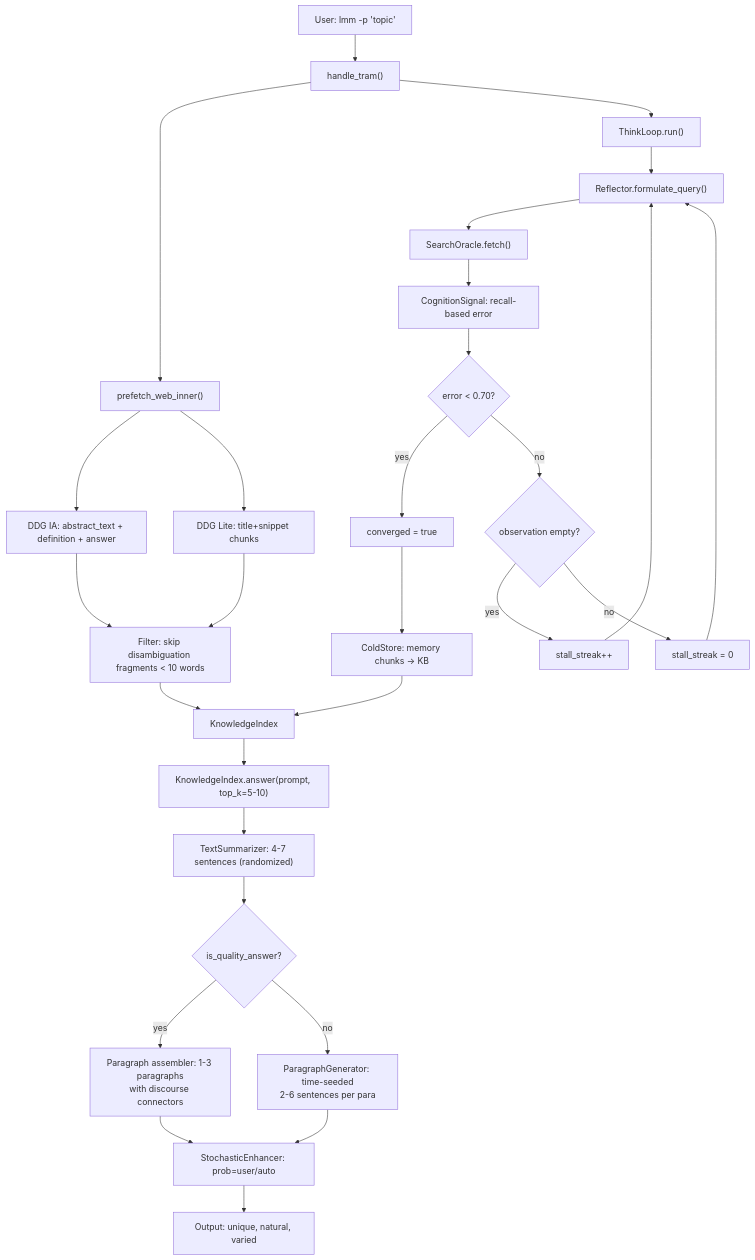
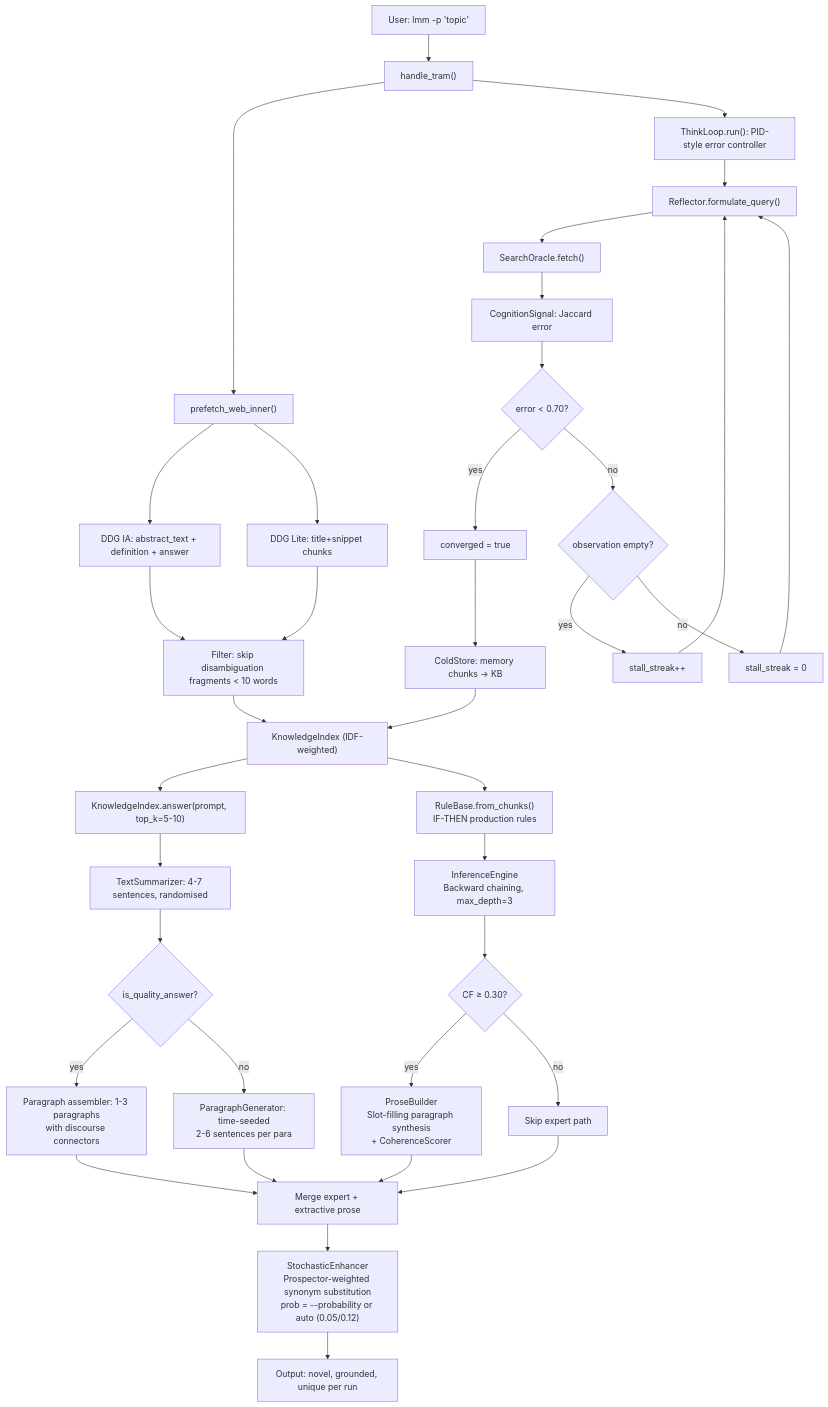
One commit to wiseaidotdev/lmm changed the diagram in README.md. Above: the diagram before and after it, drawn with Mermaid. The commit also changed other lines of this file and 30 other files, not shown here.

Commit message:
feat: impl inference expert system. (#50)

````diff
--- a/README.md
+++ b/README.md
@@ -74,33 +78,43 @@
 ```mermaid
 flowchart TD
     A["User: lmm -p 'topic'"] --> B["handle_tram()"]
     B --> B1["prefetch_web_inner()"]
     B1 --> B1a["DDG IA: abstract_text + definition + answer"]
     B1 --> B1b["DDG Lite: title+snippet chunks"]
     B1a & B1b --> B1c["Filter: skip disambiguation fragments < 10 words"]
-    B1c --> IDX["KnowledgeIndex"]
+    B1c --> IDX["KnowledgeIndex (IDF-weighted)"]
 
-    B --> TL["ThinkLoop.run()"]
+    B --> TL["ThinkLoop.run(): PID-style error controller"]
     TL --> TL1["Reflector.formulate_query()"]
     TL1 --> TL2["SearchOracle.fetch()"]
-    TL2 --> TL3["CognitionSignal: recall-based error"]
+    TL2 --> TL3["CognitionSignal: Jaccard error"]
     TL3 --> TL4{"error < 0.70?"}
     TL4 -- yes --> TL5["converged = true"]
     TL4 -- no --> TL6{"observation empty?"}
     TL6 -- yes --> TL7["stall_streak++"]
     TL6 -- no --> TL8["stall_streak = 0"]
     TL7 & TL8 --> TL1
 
     TL5 --> COLD["ColdStore: memory chunks → KB"]
     COLD --> IDX
 
     IDX --> KA["KnowledgeIndex.answer(prompt, top_k=5-10)"]
-    KA --> SUM["TextSummarizer: 4-7 sentences (randomized)"]
+    KA --> SUM["TextSummarizer: 4-7 sentences, randomised"]
     SUM --> QUAL{"is_quality_answer?"}
     QUAL -- yes --> PARA["Paragraph assembler: 1-3 paragraphs\nwith discourse connectors"]
     QUAL -- no --> SYM["ParagraphGenerator: time-seeded\n2-6 sentences per para"]
 
-    PARA --> STOCH["StochasticEnhancer: prob=user/auto"]
-    SYM --> STOCH
-    STOCH --> OUT["Output: unique, natural, varied"]
+    IDX --> RULES["RuleBase.from_chunks()\nIF-THEN production rules"]
+    RULES --> INFER["InferenceEngine\nBackward chaining, max_depth=3"]
+    INFER --> CF{"CF ≥ 0.30?"}
+    CF -- yes --> PROSE["ProseBuilder\nSlot-filling paragraph synthesis\n+ CoherenceScorer"]
+    CF -- no --> PROSE_SKIP["Skip expert path"]
+
+    PARA --> MRG["Merge expert + extractive prose"]
+    SYM --> MRG
+    PROSE --> MRG
+    PROSE_SKIP --> MRG
+
+    MRG --> STOCH["StochasticEnhancer\nProspector-weighted synonym substitution\nprob = --probability or auto (0.05/0.12)"]
+    STOCH --> OUT["Output: novel, grounded, unique per run"]
 ```
````
